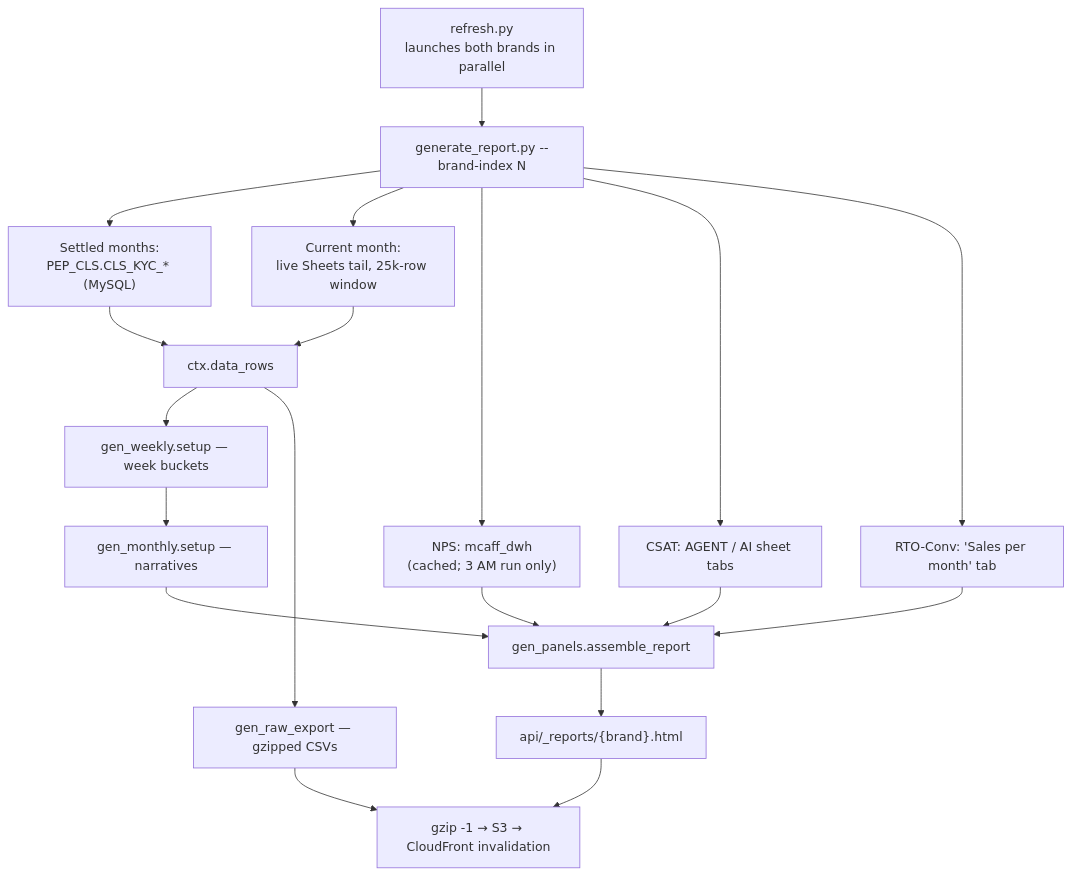
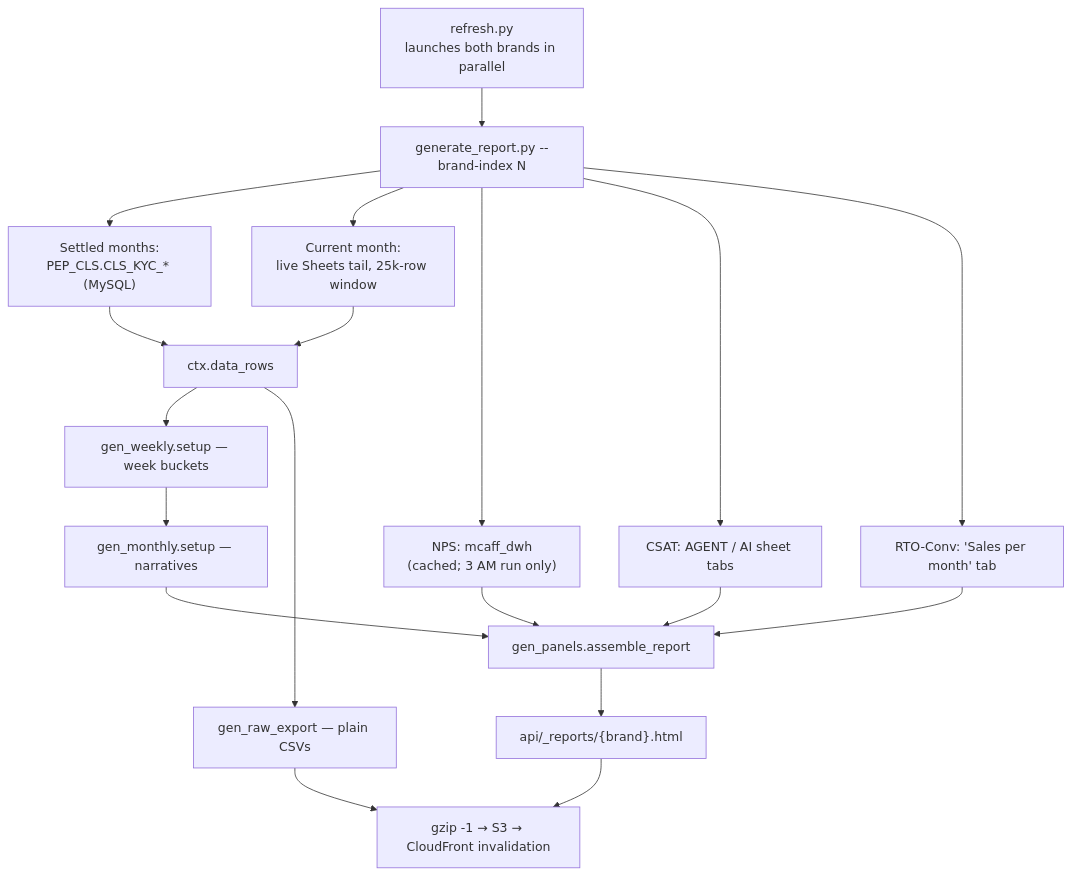
Before and after one commit to mcaff-dj/mcaff-CLS: the third of 4 diagrams in docs/CODEBASE_REFERENCE.md, drawn with Mermaid. The commit also changed other lines of this file and 3 other files, not shown here.

First line of the commit message:
fix: serve raw CSV exports plain (not gzipped) — browsers don't decode Content-Encoding for attachment downloads

````diff
--- a/docs/CODEBASE_REFERENCE.md
+++ b/docs/CODEBASE_REFERENCE.md
@@ -202,21 +202,21 @@
 ```mermaid
 flowchart TD
     A["refresh.py<br/>launches both brands in parallel"] --> B["generate_report.py --brand-index N"]
     B --> C["Settled months:<br/>PEP_CLS.CLS_KYC_* (MySQL)"]
     B --> D["Current month:<br/>live Sheets tail, 25k-row window"]
     C --> E["ctx.data_rows"]
     D --> E
     B --> F["NPS: mcaff_dwh<br/>(cached; 3 AM run only)"]
     B --> G["CSAT: AGENT / AI sheet tabs"]
     B --> H["RTO-Conv: 'Sales per month' tab"]
     E --> I["gen_weekly.setup — week buckets"]
     I --> J["gen_monthly.setup — narratives"]
     J --> K["gen_panels.assemble_report"]
     F --> K
     G --> K
     H --> K
-    E --> L["gen_raw_export — gzipped CSVs"]
+    E --> L["gen_raw_export — plain CSVs"]
     K --> M["api/_reports/{brand}.html"]
     M --> N["gzip -1 → S3 → CloudFront invalidation"]
     L --> N
 ```
````
